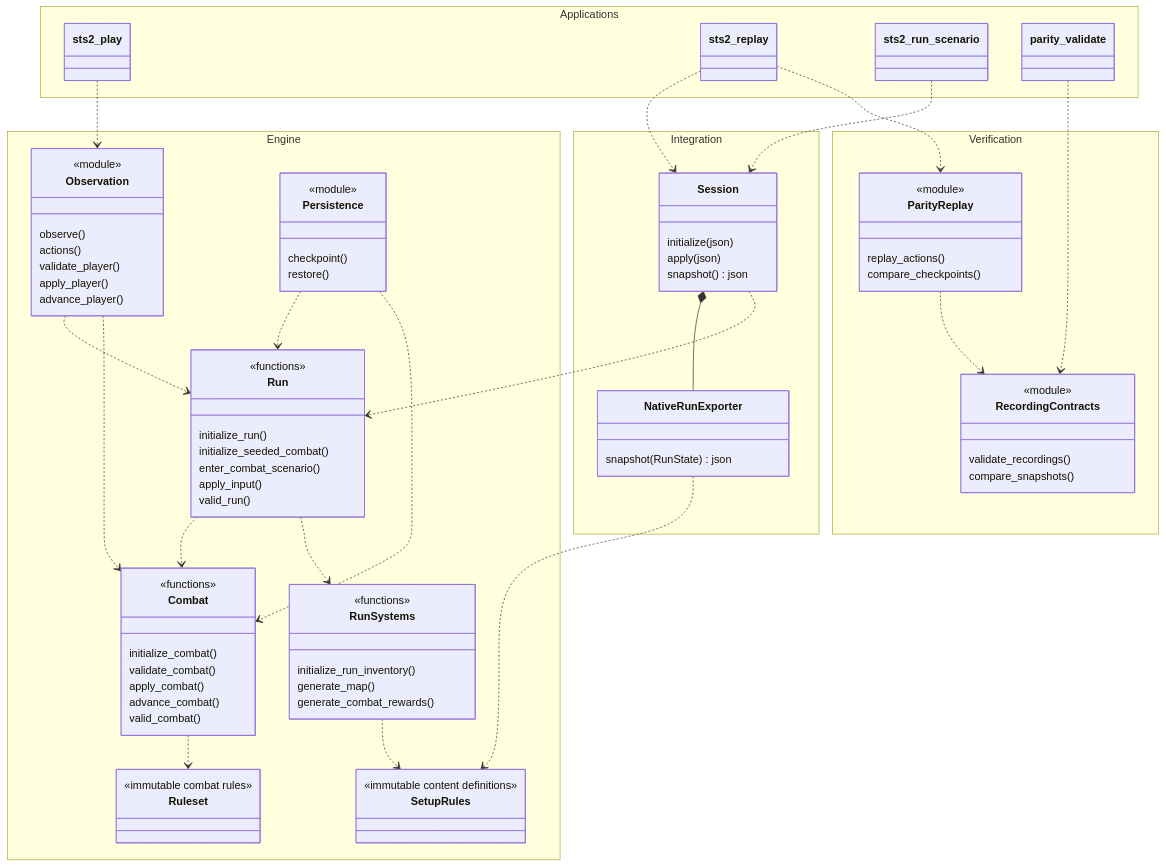
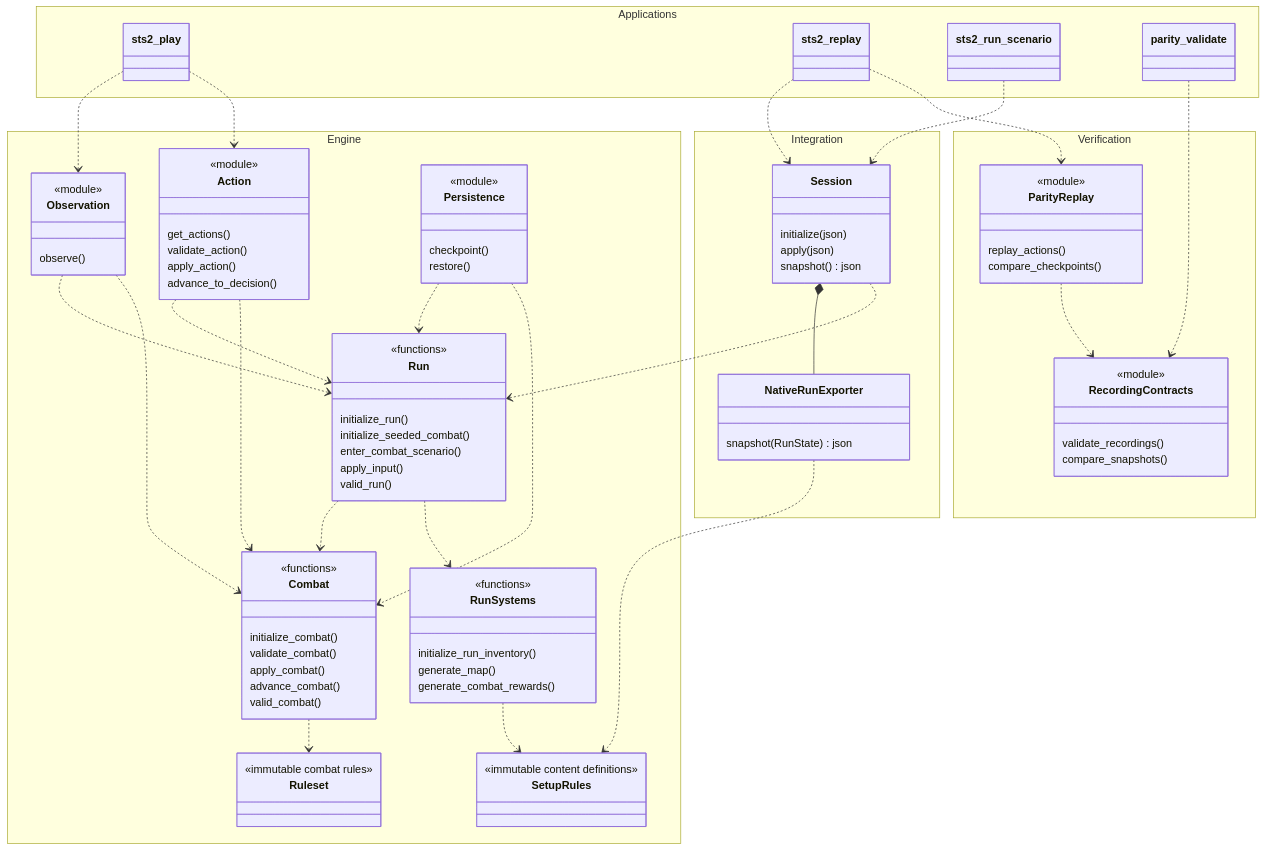
One commit to TonyinBio/sts2-cpp changed the diagram in simulator-modules.mmd. Above: the diagram before and after it, drawn with Mermaid. The commit also changed 20 other files, not shown here.

```diff
--- a/simulator-modules.mmd
+++ b/simulator-modules.mmd
@@ -1,98 +1,104 @@
 classDiagram
     direction TB
 
     namespace Applications {
         class sts2_play
         class sts2_replay
         class sts2_run_scenario
         class parity_validate
     }
 
     namespace Engine {
         class Observation {
             <<module>>
             observe()
-            actions()
-            validate_player()
-            apply_player()
-            advance_player()
+        }
+        class Action {
+            <<module>>
+            get_actions()
+            validate_action()
+            apply_action()
+            advance_to_decision()
         }
         class Run {
             <<functions>>
             initialize_run()
             initialize_seeded_combat()
             enter_combat_scenario()
             apply_input()
             valid_run()
         }
         class Combat {
             <<functions>>
             initialize_combat()
             validate_combat()
             apply_combat()
             advance_combat()
             valid_combat()
         }
         class RunSystems {
             <<functions>>
             initialize_run_inventory()
             generate_map()
             generate_combat_rewards()
         }
         class Persistence {
             <<module>>
             checkpoint()
             restore()
         }
         class Ruleset {
             <<immutable combat rules>>
         }
         class SetupRules {
             <<immutable content definitions>>
         }
     }
 
     namespace Integration {
         class Session {
             initialize(json)
             apply(json)
             snapshot() json
         }
         class NativeRunExporter {
             snapshot(RunState) json
         }
     }
 
     namespace Verification {
         class ParityReplay {
             <<module>>
             replay_actions()
             compare_checkpoints()
         }
         class RecordingContracts {
             <<module>>
             validate_recordings()
             compare_snapshots()
         }
     }
 
     sts2_play ..> Observation
+    sts2_play ..> Action
     sts2_replay ..> Session
     sts2_replay ..> ParityReplay
     sts2_run_scenario ..> Session
     parity_validate ..> RecordingContracts
 
     Session *-- NativeRunExporter
     Session ..> Run
     NativeRunExporter ..> SetupRules
 
+    Action ..> Run
+    Action ..> Combat
     Observation ..> Run
     Observation ..> Combat
     Run ..> Combat
     Run ..> RunSystems
     RunSystems ..> SetupRules
     Combat ..> Ruleset
 
     Persistence ..> Run
     Persistence ..> Combat
     ParityReplay ..> RecordingContracts
```
